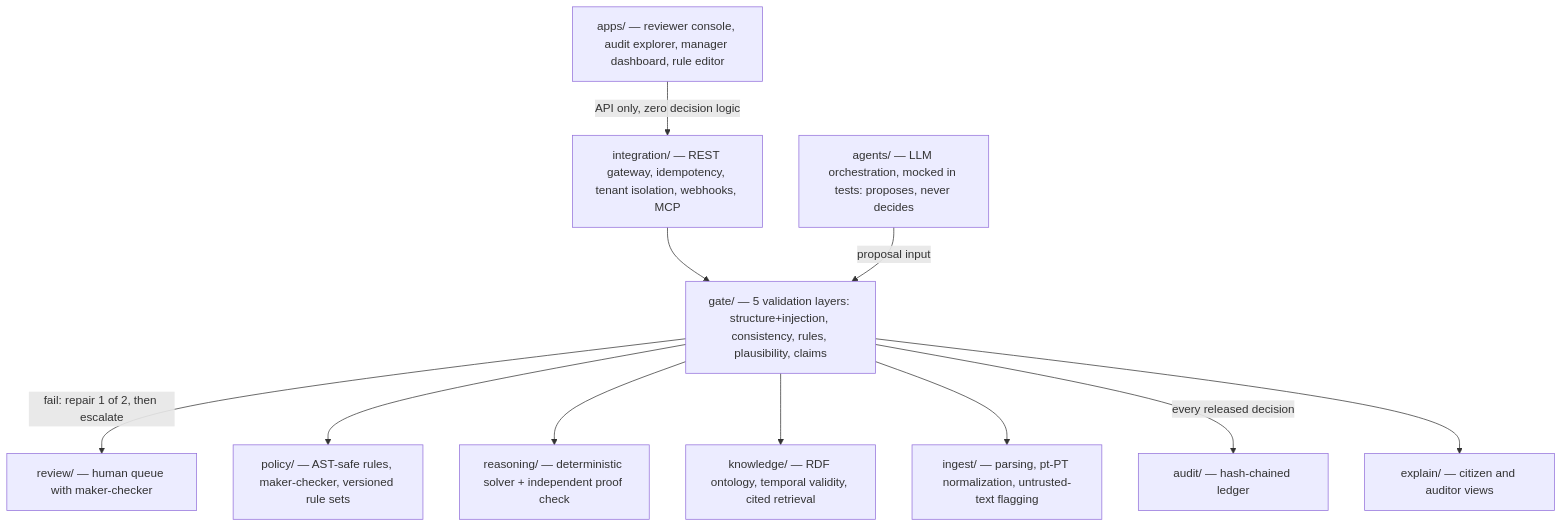
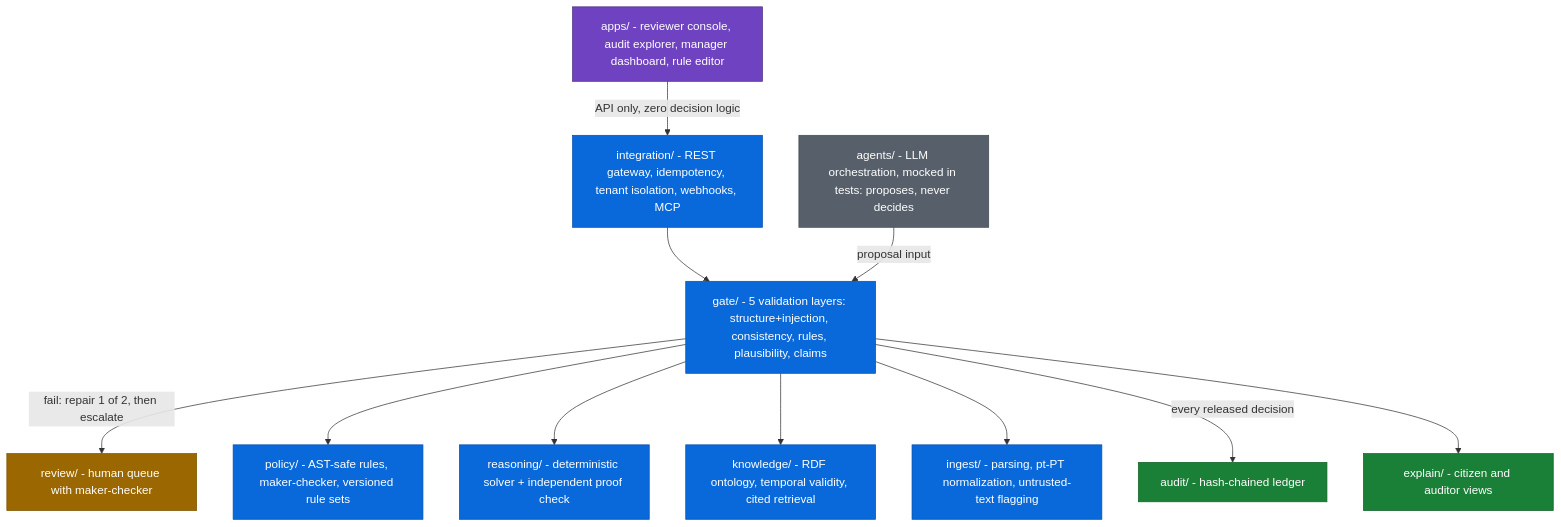
Before and after one commit to rafaelcontente/AMALIA-NeSyOps: the first of 3 diagrams in README.md, drawn with Mermaid. The commit also changed other lines of this file and 1 other file, not shown here.

First line of the commit message:
README: measured metrics (coverage bars, test pie, per-module badges) + colored architecture diagram

````diff
--- a/README.md
+++ b/README.md
@@ -60,25 +60,31 @@
 ```mermaid
 flowchart TD
-    APPS["apps/ — reviewer console, audit explorer, manager dashboard, rule editor"]
-    INT["integration/ — REST gateway, idempotency, tenant isolation, webhooks, MCP"]
-    GATE["gate/ — 5 validation layers: structure+injection, consistency, rules, plausibility, claims"]
-    REVIEW["review/ — human queue with maker-checker"]
-    POL["policy/ — AST-safe rules, maker-checker, versioned rule sets"]
-    REA["reasoning/ — deterministic solver + independent proof check"]
-    KNO["knowledge/ — RDF ontology, temporal validity, cited retrieval"]
-    ING["ingest/ — parsing, pt-PT normalization, untrusted-text flagging"]
-    AGENTS["agents/ — LLM orchestration, mocked in tests: proposes, never decides"]
-    AUD["audit/ — hash-chained ledger"]
-    EXP["explain/ — citizen and auditor views"]
+    APPS["apps/ - reviewer console, audit explorer, manager dashboard, rule editor"]:::iface
+    INT["integration/ - REST gateway, idempotency, tenant isolation, webhooks, MCP"]:::pipe
+    GATE["gate/ - 5 validation layers: structure+injection, consistency, rules, plausibility, claims"]:::pipe
+    REVIEW["review/ - human queue with maker-checker"]:::human
+    POL["policy/ - AST-safe rules, maker-checker, versioned rule sets"]:::pipe
+    REA["reasoning/ - deterministic solver + independent proof check"]:::pipe
+    KNO["knowledge/ - RDF ontology, temporal validity, cited retrieval"]:::pipe
+    ING["ingest/ - parsing, pt-PT normalization, untrusted-text flagging"]:::pipe
+    AGENTS["agents/ - LLM orchestration, mocked in tests: proposes, never decides"]:::llm
+    AUD["audit/ - hash-chained ledger"]:::evid
+    EXP["explain/ - citizen and auditor views"]:::evid
 
     APPS -->|API only, zero decision logic| INT
     INT --> GATE
     GATE -->|fail: repair 1 of 2, then escalate| REVIEW
     GATE --> POL
     GATE --> REA
     GATE --> KNO
     GATE --> ING
     AGENTS -->|proposal input| GATE
     GATE -->|every released decision| AUD
     GATE --> EXP
+
+    classDef iface fill:#6f42c1,stroke:#4b2e83,color:#fff
+    classDef pipe  fill:#0969da,stroke:#0550ae,color:#fff
+    classDef evid  fill:#1a7f37,stroke:#116329,color:#fff
+    classDef human fill:#9a6700,stroke:#7d5400,color:#fff
+    classDef llm   fill:#57606a,stroke:#424a53,color:#fff
 ```
````
